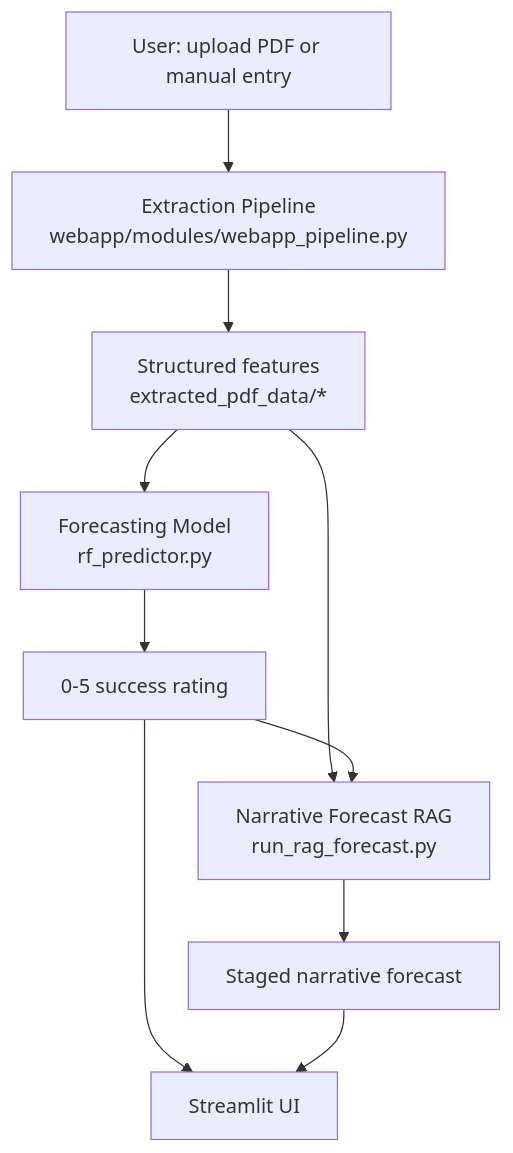
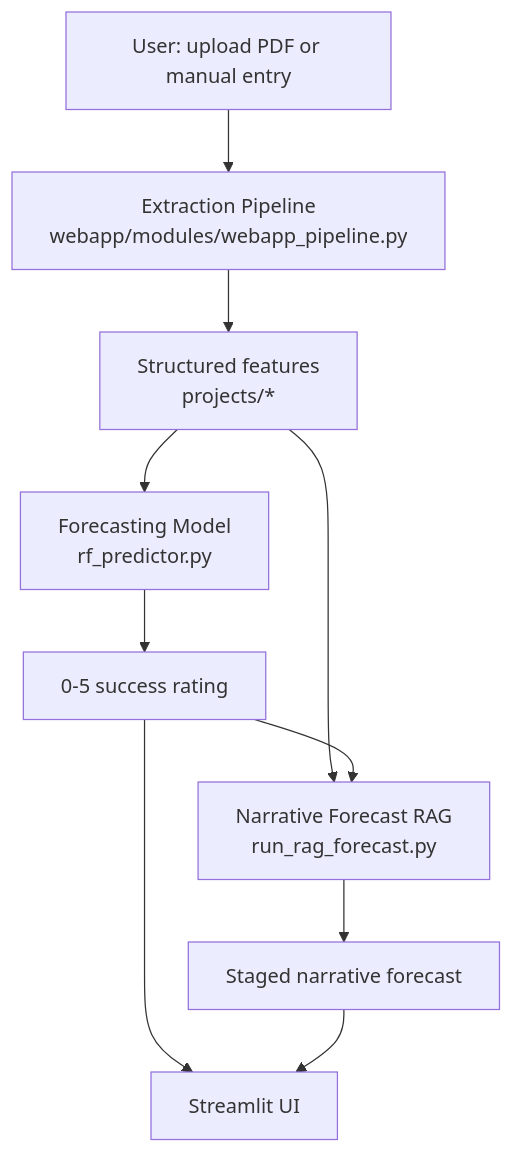
The diagram in docs/knowledge_base/Architecture.md (morganrivers/iati_webapp), drawn with Mermaid before and after one commit. The commit also changed 5 other files, not shown here.

First line of the commit message:
Docs: reflect projects/ rename; fix mermaid list error; correct org count

````diff
--- a/docs/knowledge_base/Architecture.md
+++ b/docs/knowledge_base/Architecture.md
@@ -25,12 +25,12 @@
 ```mermaid
 flowchart TD
     U[User: upload PDF or manual entry] --> P[Extraction Pipeline<br/>webapp/modules/webapp_pipeline.py]
-    P --> F[Structured features<br/>extracted_pdf_data/*]
+    P --> F[Structured features<br/>projects/*]
     F --> M[Forecasting Model<br/>rf_predictor.py]
     M --> R[0-5 success rating]
     F --> N[Narrative Forecast RAG<br/>run_rag_forecast.py]
     R --> N
     N --> O[Staged narrative forecast]
     R --> UI[Streamlit UI]
     O --> UI
 ```
````
